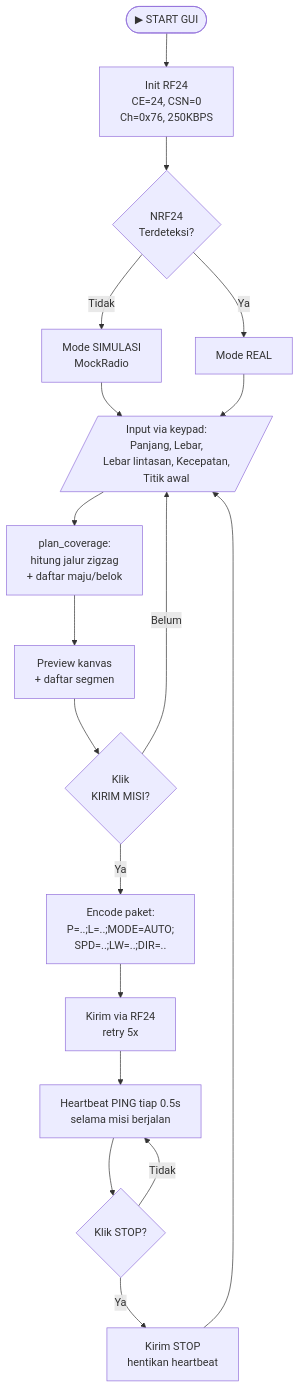
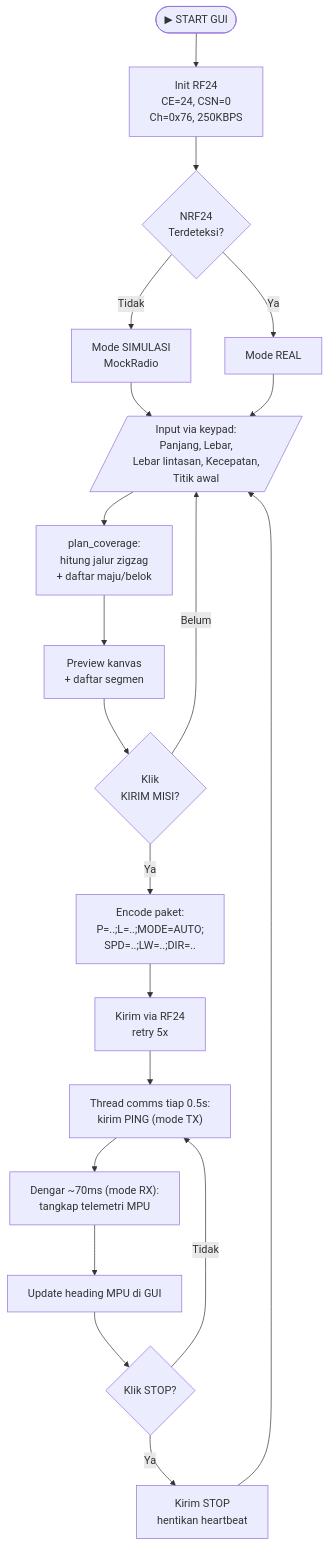
The second of 7 diagrams in flowchart.md (Xhorn7/Skripsi-PENGEMBANGAN-ROBOT-AKUATIK-UNTUK-FEEDER-OTOMATIS-DI-TAMBAK), drawn with Mermaid before and after one commit. The commit also changed other lines of this file and 14 other files, not shown here.

````diff
--- a/flowchart.md
+++ b/flowchart.md
@@ -36,20 +39,22 @@
 ```mermaid
 flowchart TD
     START([▶ START GUI]) --> INIT["Init RF24<br/>CE=24, CSN=0<br/>Ch=0x76, 250KBPS"]
     INIT --> DET{NRF24<br/>Terdeteksi?}
     DET -- Tidak --> SIM[Mode SIMULASI<br/>MockRadio]
     DET -- Ya --> REAL[Mode REAL]
     SIM --> INPUT
     REAL --> INPUT[/"Input via keypad:<br/>Panjang, Lebar,<br/>Lebar lintasan, Kecepatan,<br/>Titik awal"/]
     INPUT --> PLAN["plan_coverage:<br/>hitung jalur zigzag<br/>+ daftar maju/belok"]
     PLAN --> PREVIEW[Preview kanvas<br/>+ daftar segmen]
     PREVIEW --> SENDBTN{Klik<br/>KIRIM MISI?}
     SENDBTN -- Belum --> INPUT
     SENDBTN -- Ya --> ENCODE["Encode paket:<br/>P=..;L=..;MODE=AUTO;<br/>SPD=..;LW=..;DIR=.."]
     ENCODE --> SEND[Kirim via RF24<br/>retry 5x]
-    SEND --> HB["Heartbeat PING tiap 0.5s<br/>selama misi berjalan"]
-    HB --> STOPCHK{Klik STOP?}
+    SEND --> HB["Thread comms tiap 0.5s:<br/>kirim PING (mode TX)"]
+    HB --> POLL["Dengar ~70ms (mode RX):<br/>tangkap telemetri MPU"]
+    POLL --> SHOW[Update heading MPU di GUI]
+    SHOW --> STOPCHK{Klik STOP?}
     STOPCHK -- Tidak --> HB
     STOPCHK -- Ya --> SENDSTOP[Kirim STOP<br/>hentikan heartbeat]
     SENDSTOP --> INPUT
 ```
````
